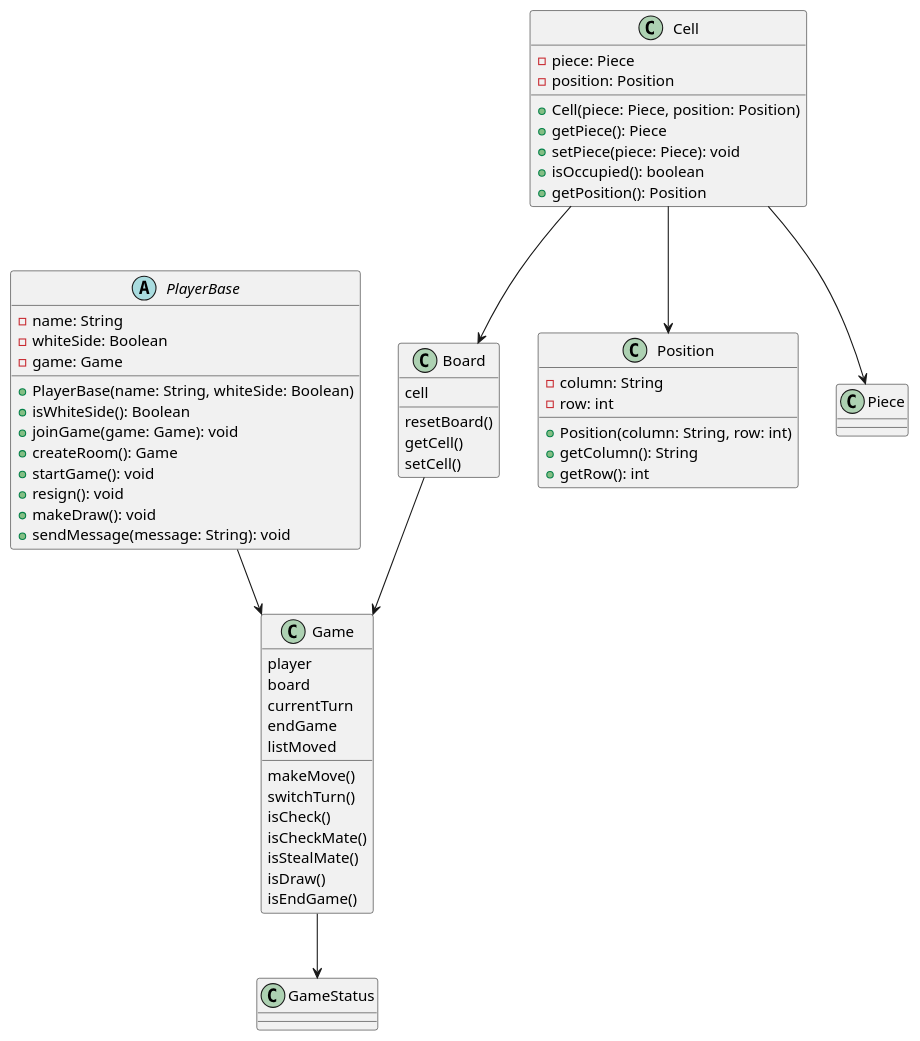
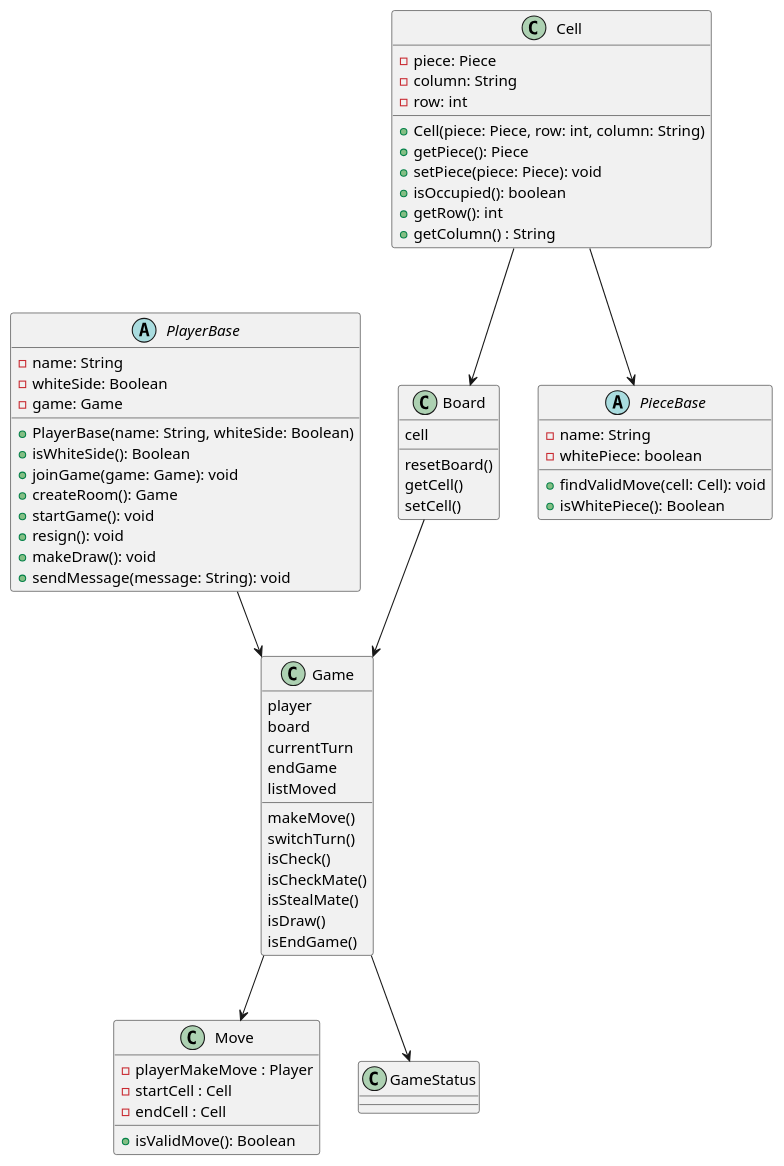
One commit to 3zard/Chess-Game changed the diagram in Diagram/classDiagram.pu. Above: the diagram before and after it, drawn with PlantUML. The commit also changed other lines of this file, not shown here.

Commit message:
Huy | fix class diagram

```diff
--- a/Diagram/classDiagram.pu
+++ b/Diagram/classDiagram.pu
@@ -1,63 +1,73 @@
 @startuml classDiagram
 class Board {
     cell
     resetBoard()
     getCell()
     setCell()
 }
 class Game {
     player
     board
     currentTurn
     endGame
     listMoved
     makeMove()
     switchTurn()
     isCheck()
     isCheckMate()
     isStealMate()
     isDraw()
     isEndGame()
 }
 
-class Position {
-    -column: String
-    -row: int
-    
-    +Position(column: String, row: int)
-    +getColumn(): String
-    +getRow(): int
-}
-
 class Cell {
     -piece: Piece
-    -position: Position
-    
-    +Cell(piece: Piece, position: Position)
+    -column: String 
+    -row: int
+
+    +Cell(piece: Piece, row: int, column: String)
     +getPiece(): Piece
     +setPiece(piece: Piece): void
     +isOccupied(): boolean
-    +getPosition(): Position
+    +getRow(): int
+    +getColumn() : String
 }
 abstract class PlayerBase {
     -name: String
     -whiteSide: Boolean
     -game: Game
     
     +PlayerBase(name: String, whiteSide: Boolean)
     +isWhiteSide(): Boolean
     +joinGame(game: Game): void
     +createRoom(): Game
     +startGame(): void
     +resign(): void
     +makeDraw(): void
     +sendMessage(message: String): void
 }
+
+abstract class PieceBase {
+    -name: String
+    -whitePiece: boolean
+
+    +findValidMove(cell: Cell): void
+    +isWhitePiece(): Boolean
+}
+
+class Move {
+    -playerMakeMove : Player
+    -startCell : Cell 
+    -endCell : Cell
+
+    +isValidMove(): Boolean
+}
+
 PlayerBase --> Game
 Cell --> Board
-Cell --> Position
-Cell -->Piece
+Cell -->PieceBase
 Board --> Game
 Game --> GameStatus
+Game --> Move
 
 @enduml
```
